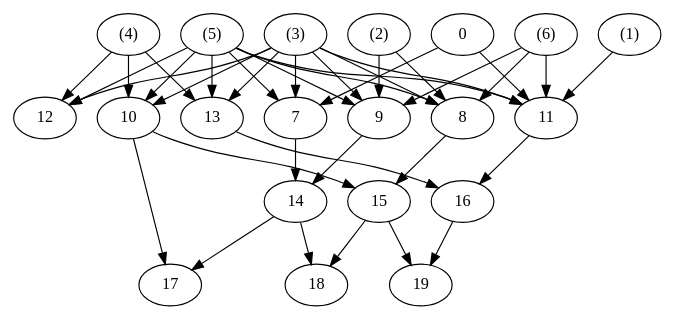
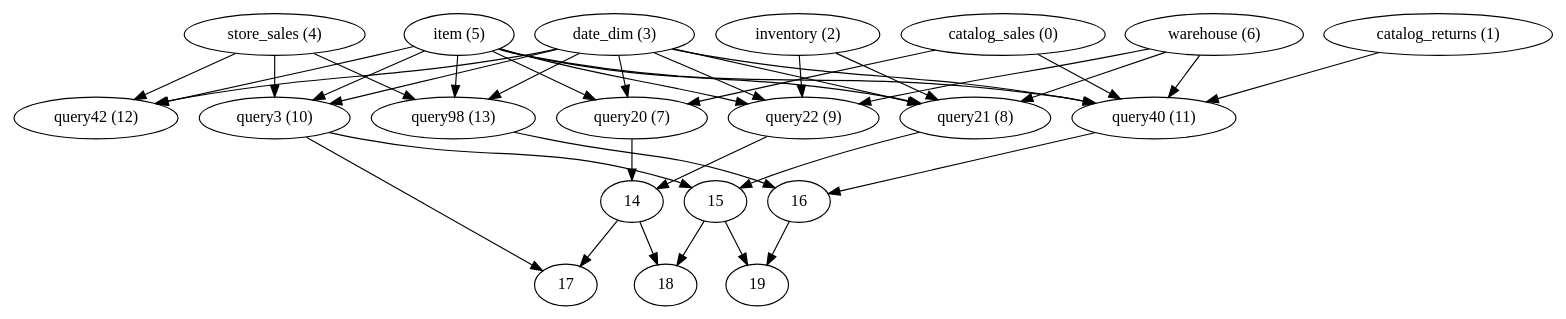
One commit to jiankangren/Multiprocessor-DAG-Schedule changed the diagram in deep-7q.gv. Above: the diagram before and after it, drawn with Graphviz. The commit also changed 6 other files, not shown here.

```diff
--- a/deep-7q.gv
+++ b/deep-7q.gv
@@ -1,61 +1,61 @@
-digraph lala {	0 [label="0"];
-	1 [label="(1)"];
-	2 [label="(2)"];
-	3 [label="(3)"];
-	4 [label="(4)"];
-	5 [label="(5)"];
-	6 [label="(6)"];
-	7 [label="7"];
-	8 [label="8"];
-	9 [label="9"];
-	10 [label="10"];
-	11 [label="11"];
-	12 [label="12"];
-	13 [label="13"];
+digraph lala {	0 [label="catalog_sales (0)"];
+	1 [label="catalog_returns (1)"];
+	2 [label="inventory (2)"];
+	3 [label="date_dim (3)"];
+	4 [label="store_sales (4)"];
+	5 [label="item (5)"];
+	6 [label="warehouse (6)"];
+	7 [label="query20 (7)"];
+	8 [label="query21 (8)"];
+	9 [label="query22 (9)"];
+	10 [label="query3 (10)"];
+	11 [label="query40 (11)"];
+	12 [label="query42 (12)"];
+	13 [label="query98 (13)"];
 	14 [label="14"];
 	15 [label="15"];
 	16 [label="16"];
 	14 [label="14"];
 	15 [label="15"];
 	16 [label="16"];
 	17 [label="17"];
 	18 [label="18"];
 	19 [label="19"];	
 	0 -> 7;
 	3 -> 7;
 	5 -> 7;
 	3 -> 8;
 	2 -> 8;
 	5 -> 8;
 	6 -> 8;
 	3 -> 9;
 	2 -> 9;
 	5 -> 9;
 	6 -> 9;
 	3 -> 10;
 	5 -> 10;
 	4 -> 10;
 	1 -> 11;
 	0 -> 11;
 	3 -> 11;
 	5 -> 11;
 	6 -> 11;
 	3 -> 12;
 	5 -> 12;
 	4 -> 12;
 	3 -> 13;
 	5 -> 13;
 	4 -> 13;
 	7 -> 14;
 	9 -> 14;
 	8 -> 15;
 	10 -> 15;
 	11 -> 16;
 	13 -> 16;
 	10 -> 17;
 	14 -> 17;
 	14 -> 18;
 	15 -> 18;
 	15 -> 19;
 	16 -> 19;
 }
```
